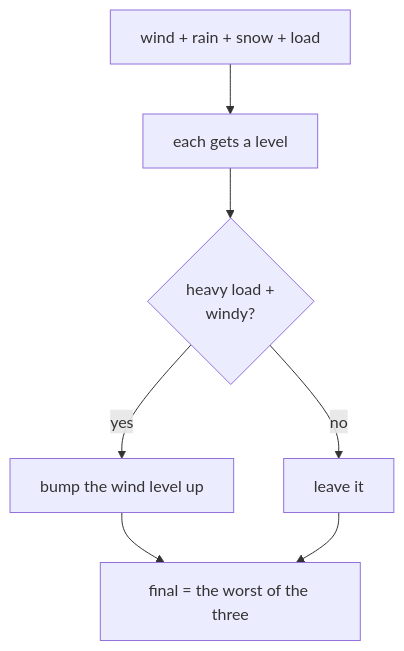
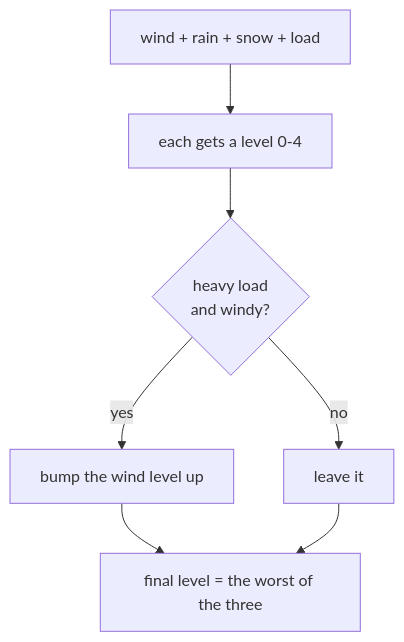
The third of 5 diagrams in docs/WALKTHROUGH.md (Maham-Anwaar/truck-routing), drawn with Mermaid before and after one commit. The commit also changed other lines of this file, not shown here.

````diff
--- a/docs/WALKTHROUGH.md
+++ b/docs/WALKTHROUGH.md
@@ -121,9 +163,9 @@
 ```mermaid
 flowchart TD
-    A[wind + rain + snow + load] --> B[each gets a level]
-    B --> C{heavy load +<br/>windy?}
+    A[wind + rain + snow + load] --> B[each gets a level 0-4]
+    B --> C{heavy load<br/>and windy?}
     C -->|"yes"| D[bump the wind level up]
     C -->|"no"| E[leave it]
-    D --> F["final = the worst of the three"]
+    D --> F["final level = the worst of the three"]
     E --> F
 ```
````
